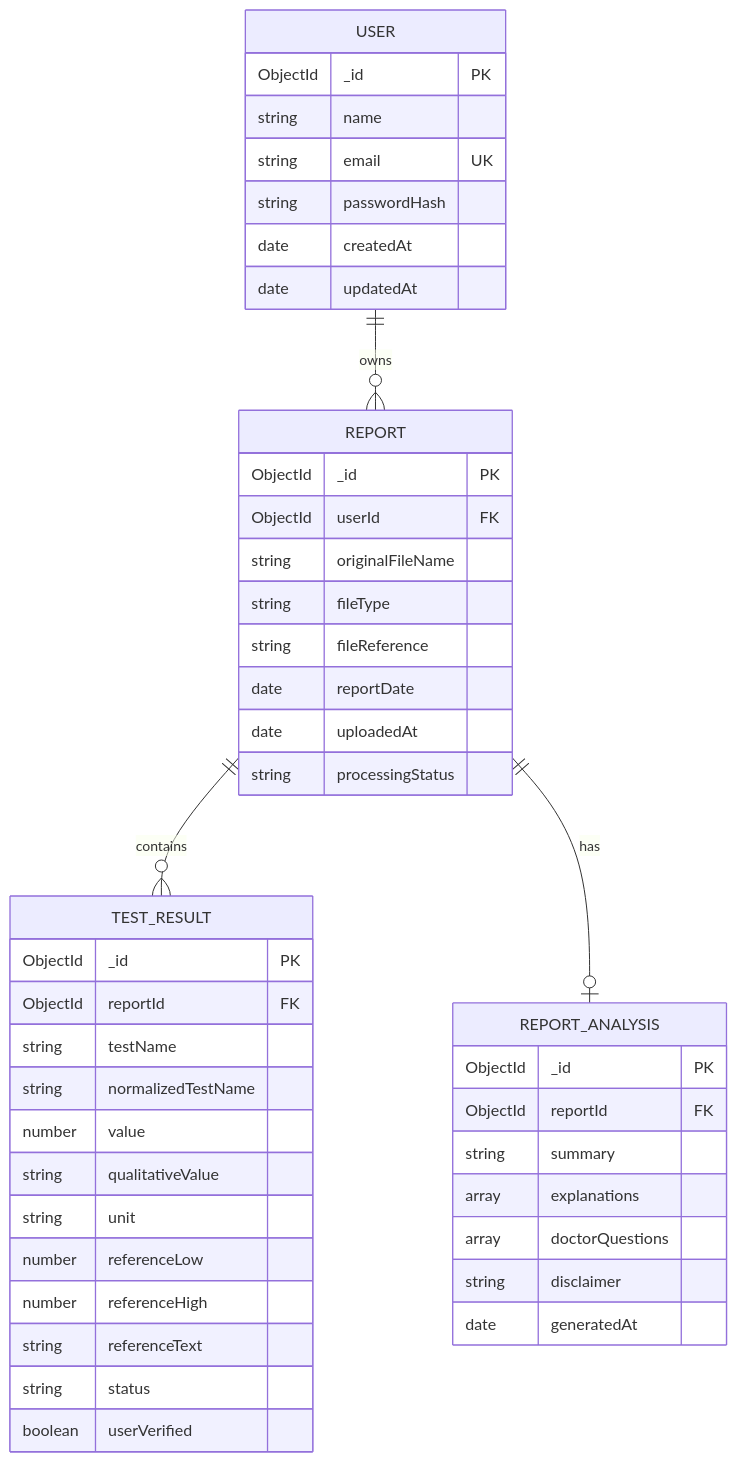
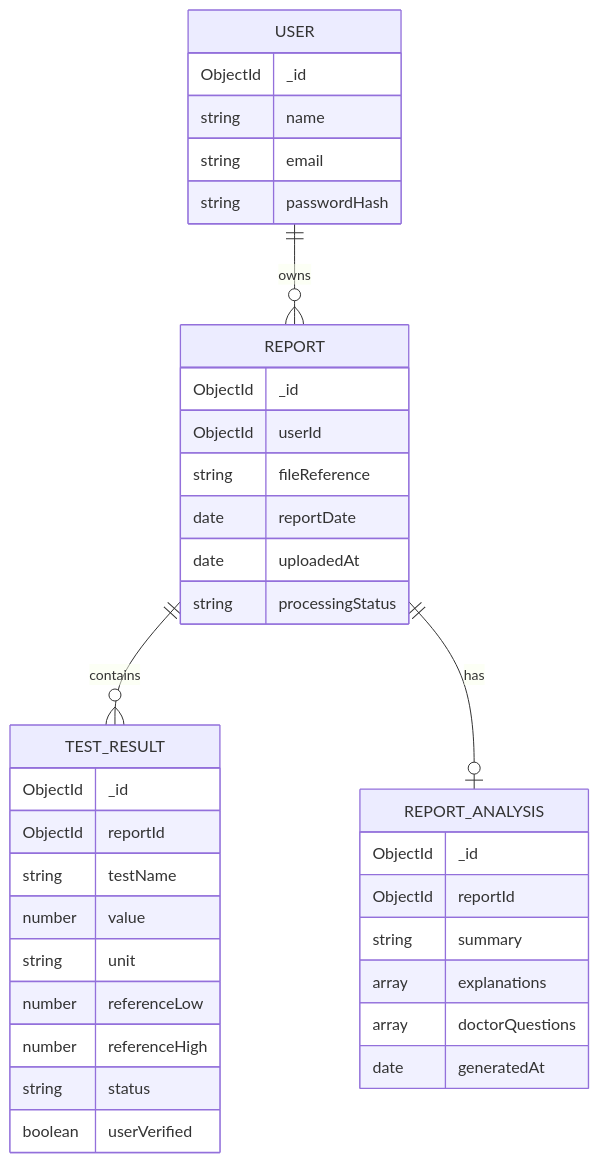
The second of 2 diagrams in README.md (adityamishra58557-eng/AI-Health-Report-Translator), drawn with Mermaid before and after one commit. The commit also changed other lines of this file, not shown here.

````diff
--- a/README.md
+++ b/README.md
@@ -335,51 +84,40 @@
-``` mermaid
+```mermaid
 erDiagram
     USER ||--o{ REPORT : owns
     REPORT ||--o{ TEST_RESULT : contains
     REPORT ||--o| REPORT_ANALYSIS : has
 
     USER {
-        ObjectId _id PK
+        ObjectId _id
         string name
-        string email UK
+        string email
         string passwordHash
-        date createdAt
-        date updatedAt
     }
-
     REPORT {
-        ObjectId _id PK
-        ObjectId userId FK
-        string originalFileName
-        string fileType
+        ObjectId _id
+        ObjectId userId
         string fileReference
         date reportDate
         date uploadedAt
         string processingStatus
     }
-
     TEST_RESULT {
-        ObjectId _id PK
-        ObjectId reportId FK
+        ObjectId _id
+        ObjectId reportId
         string testName
-        string normalizedTestName
         number value
-        string qualitativeValue
         string unit
         number referenceLow
         number referenceHigh
-        string referenceText
         string status
         boolean userVerified
     }
-
     REPORT_ANALYSIS {
-        ObjectId _id PK
-        ObjectId reportId FK
+        ObjectId _id
+        ObjectId reportId
         string summary
         array explanations
         array doctorQuestions
-        string disclaimer
         date generatedAt
     }
 ```
````
